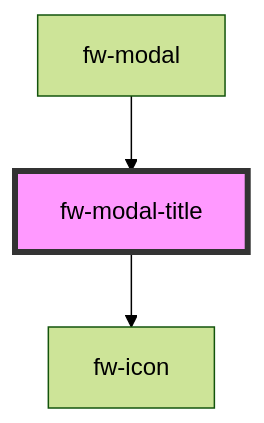
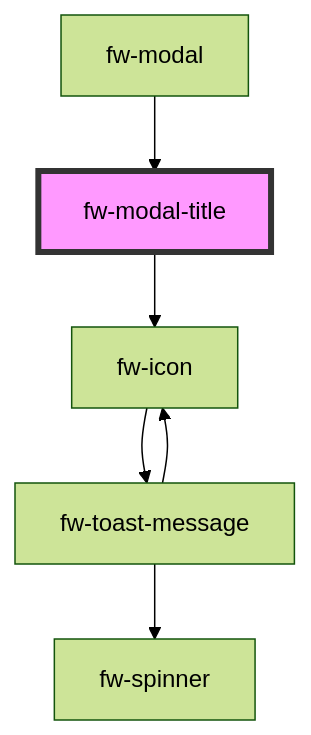
Before and after one commit to freshworks/crayons: the diagram in packages/crayons-core/src/components/modal-title/readme.md, drawn with Mermaid (forest theme). The commit also changed 48 other files, not shown here.

````diff
--- a/packages/crayons-core/src/components/modal-title/readme.md
+++ b/packages/crayons-core/src/components/modal-title/readme.md
@@ -26,6 +26,9 @@
 ```mermaid
 graph TD;
   fw-modal-title --> fw-icon
+  fw-icon --> fw-toast-message
+  fw-toast-message --> fw-spinner
+  fw-toast-message --> fw-icon
   fw-modal --> fw-modal-title
   style fw-modal-title fill:#f9f,stroke:#333,stroke-width:4px
 ```
````
